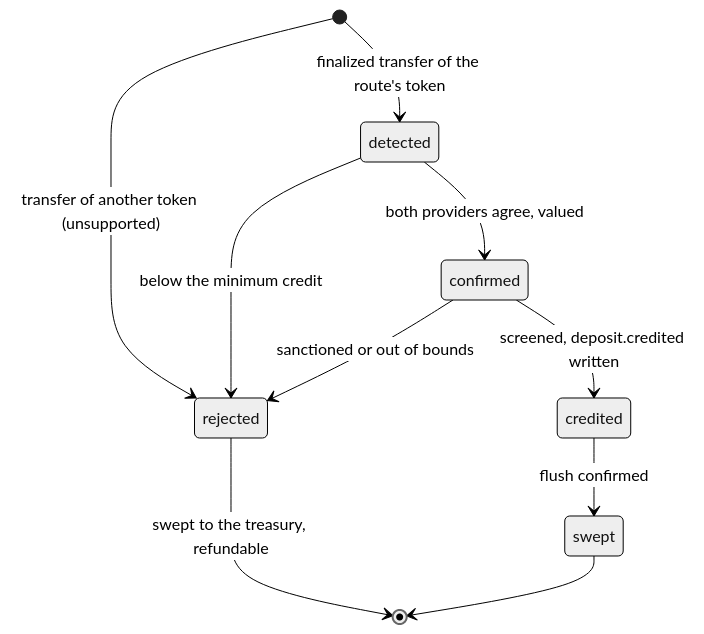
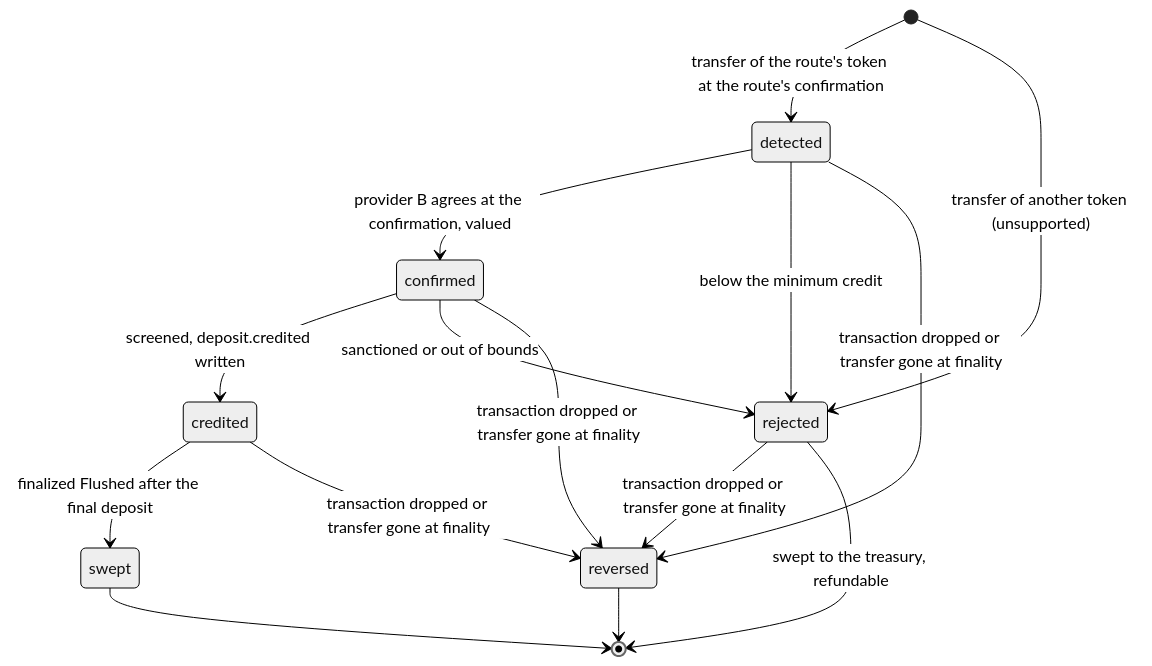
Before and after one commit to Phala-Network/crypto-topup-service: the second of 3 diagrams in docs/architecture.md, drawn with Mermaid (neutral theme). The commit also changed other lines of this file and 73 other files, not shown here.

````diff
--- a/docs/architecture.md
+++ b/docs/architecture.md
@@ -247,12 +263,17 @@
 ```mermaid
 stateDiagram-v2
-    [*] --> detected: finalized transfer of the route's token
+    [*] --> detected: transfer of the route's token at the route's confirmation
     [*] --> rejected: transfer of another token (unsupported)
-    detected --> confirmed: both providers agree, valued
+    detected --> confirmed: provider B agrees at the confirmation, valued
     detected --> rejected: below the minimum credit
     confirmed --> credited: screened, deposit.credited written
     confirmed --> rejected: sanctioned or out of bounds
-    credited --> swept: flush confirmed
+    credited --> swept: finalized Flushed after the final deposit
+    detected --> reversed: transaction dropped or transfer gone at finality
+    confirmed --> reversed: transaction dropped or transfer gone at finality
+    credited --> reversed: transaction dropped or transfer gone at finality
+    rejected --> reversed: transaction dropped or transfer gone at finality
     rejected --> [*]: swept to the treasury, refundable
     swept --> [*]
+    reversed --> [*]
 ```
````
